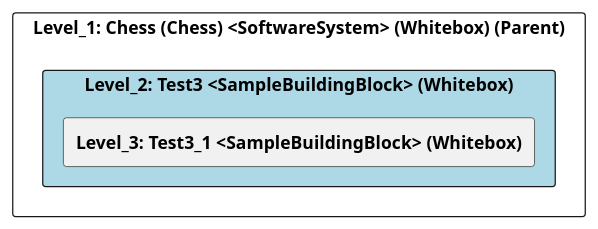
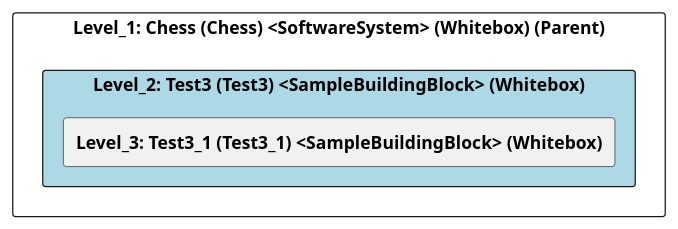
Before and after one commit to marcozwyssig/cleon: the diagram in src/cleon.architecturemethods.arc42.sample/doc/cleon_architecturemethods_arc42_sample_arc42/adoc/en/05_building_block_view/chess/test3/level_2_test3.adoc, drawn with PlantUML. The commit also changed other lines of this file and 166 other files, not shown here.

```diff
--- a/src/cleon.architecturemethods.arc42.sample/doc/cleon_architecturemethods_arc42_sample_arc42/adoc/en/05_building_block_view/chess/test3/level_2_test3.adoc
+++ b/src/cleon.architecturemethods.arc42.sample/doc/cleon_architecturemethods_arc42_sample_arc42/adoc/en/05_building_block_view/chess/test3/level_2_test3.adoc
@@ -21,26 +21,26 @@
-[plantuml, Level_2: Test3 <SampleBuildingBlock> (Whitebox)BlockOverview, format="svg"]
+[plantuml, Level_2: Test3 (Test3) <SampleBuildingBlock> (Whitebox)BlockOverview, format="svg"]
 ----
-@startuml Level_2: Test3 <SampleBuildingBlock> (Whitebox)BuildingBlockOverview
+@startuml Level_2: Test3 (Test3) <SampleBuildingBlock> (Whitebox)BuildingBlockOverview
 
 skinparam ranksep 10
 skinparam componentStyle rectangle
 skinparam shadowing false
 skinparam arrowColor lightblue
 skinparam arrowThickness 1.2
 skinparam rectangle {
   BackgroundColor White
   BorderColor #333
   RoundCorner 10
 }
 top to bottom direction
 
 component "Level_1: Chess (Chess) <SoftwareSystem> (Whitebox) (Parent)" {
-    component "Level_2: Test3 <SampleBuildingBlock> (Whitebox)" #lightblue {
-        [**Level_3: Test3_1 <SampleBuildingBlock> (Whitebox)**] as 489CD281_D579_11EE_903E_9F564E4DE07E
+    component "Level_2: Test3 (Test3) <SampleBuildingBlock> (Whitebox)" #lightblue {
+        [**Level_3: Test3_1 (Test3_1) <SampleBuildingBlock> (Whitebox)**] as 489CD281_D579_11EE_903E_9F564E4DE07E
     }
 
     
 }
 
 @enduml
 ----
```
